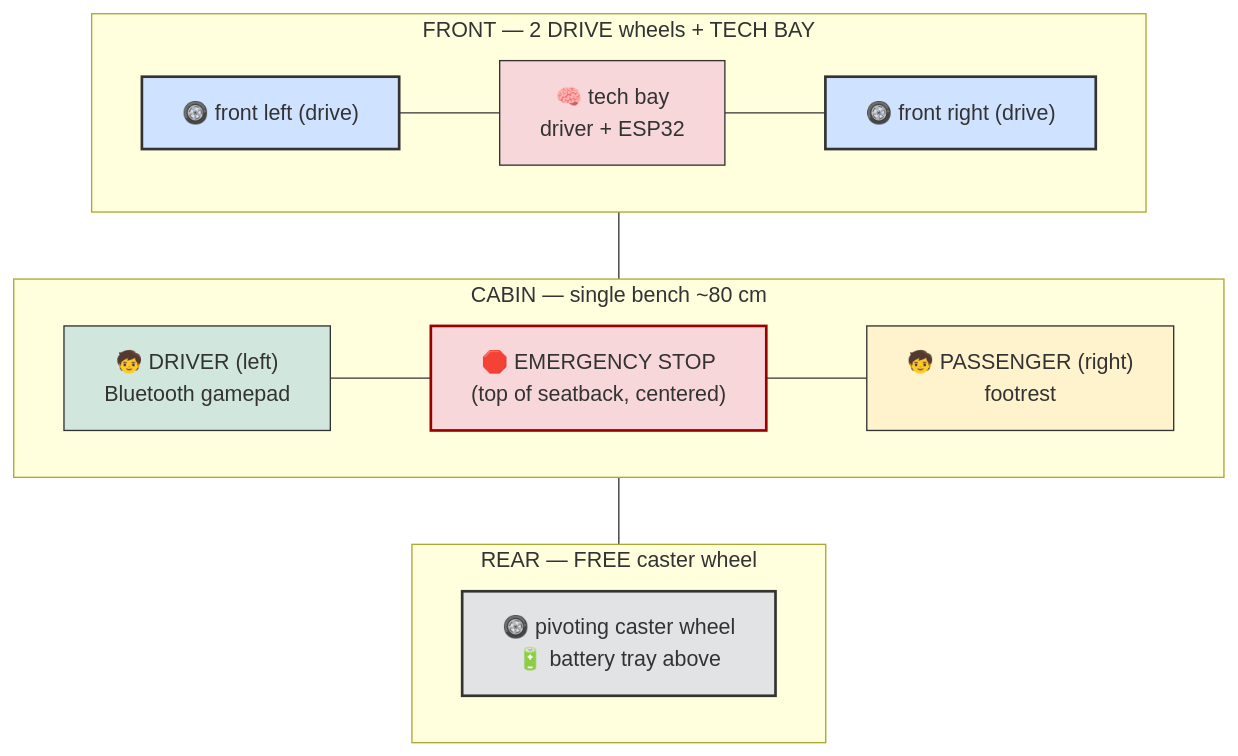
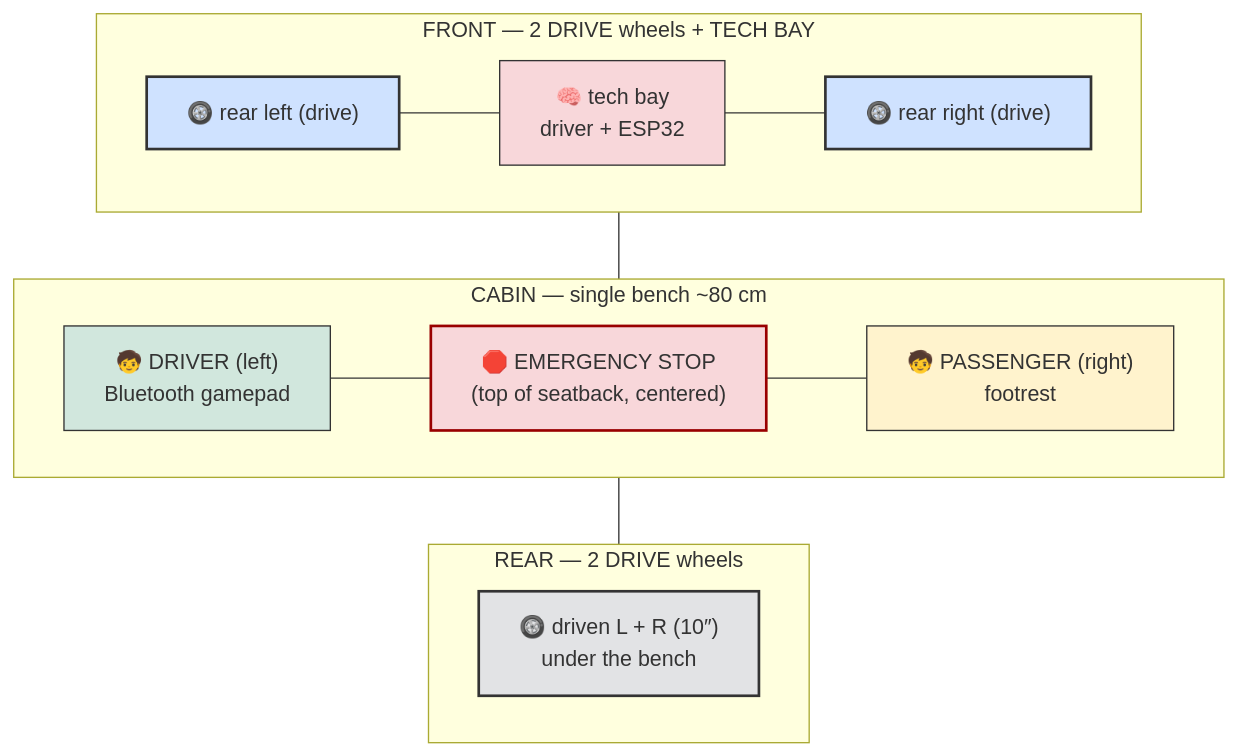
Before and after one commit to pinkymaxou/powered-soapbox-car: the third of 9 diagrams in README.md, drawn with Mermaid. The commit also changed other lines of this file and 9 other files, not shown here.

First line of the commit message:
The caster goes to the front, then the bench steps off the axle

````diff
--- a/README.md
+++ b/README.md
@@ -197,32 +198,32 @@
 ```mermaid
 flowchart TB
     subgraph AV["FRONT — 2 DRIVE wheels + TECH BAY"]
-        RAVG["🛞 front left (drive)"]
+        RAVG["🛞 rear left (drive)"]
         BAY["🧠 tech bay<br/>driver + ESP32"]
-        RAVD["🛞 front right (drive)"]
+        RAVD["🛞 rear right (drive)"]
         RAVG --- BAY --- RAVD
     end
     subgraph HAB["CABIN — single bench ~80 cm"]
         COND["🧒 DRIVER (left)<br/>Bluetooth gamepad"]
         SEP["🛑 EMERGENCY STOP<br/>(top of seatback, centered)"]
         PASS["🧒 PASSENGER (right)<br/>footrest"]
         COND --- SEP --- PASS
     end
-    subgraph AR["REAR — FREE caster wheel"]
-        RARC["🛞 pivoting caster wheel<br/>🔋 battery tray above"]
+    subgraph AR["REAR — 2 DRIVE wheels"]
+        RARC["🛞 driven L + R (10″)<br/>under the bench"]
     end
     AV --- HAB --- AR
 
     classDef wheel fill:#cfe2ff,stroke:#333,stroke-width:2px;
     classDef caster fill:#e2e3e5,stroke:#333,stroke-width:2px;
     classDef drv fill:#d1e7dd,stroke:#333;
     classDef pas fill:#fff3cd,stroke:#333;
     classDef elec fill:#f8d7da,stroke:#333;
     classDef estop fill:#f8d7da,stroke:#900,stroke-width:2px;
     class RAVG,RAVD wheel;
     class RARC caster;
     class COND drv;
     class PASS pas;
     class BAY elec;
     class SEP estop;
 ```
````
